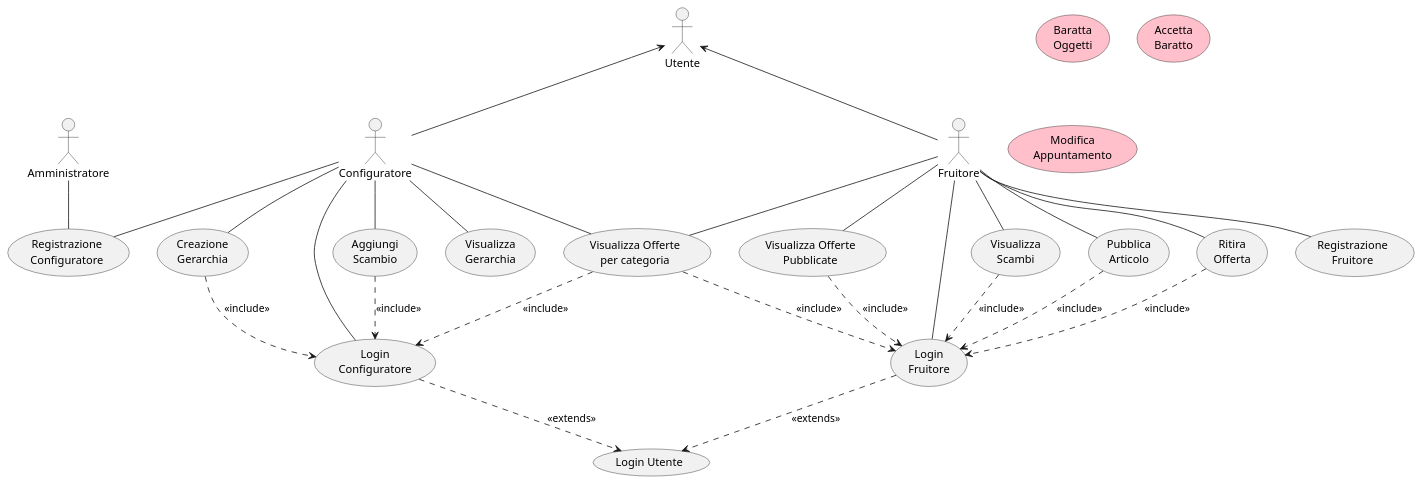
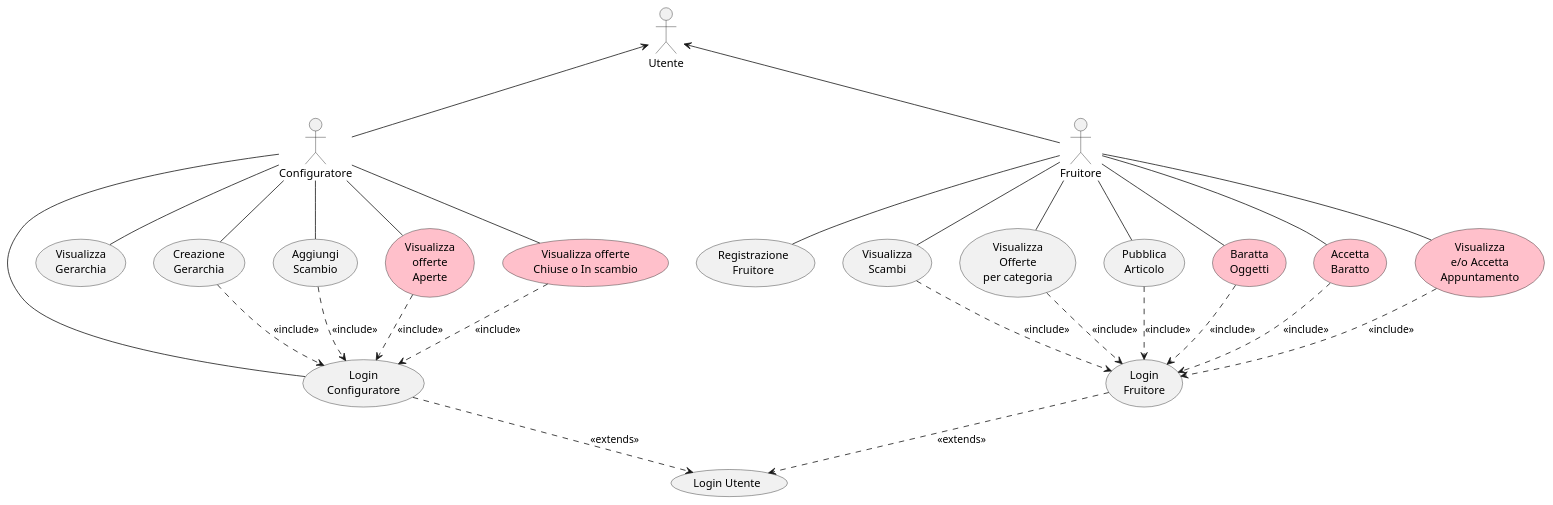
Before and after one commit to bernagit/IngegneriaSoftware: the diagram in Documentation/ver4/usecase.puml, drawn with PlantUML. The commit also changed 14 other files, not shown here.

```diff
--- a/Documentation/ver4/usecase.puml
+++ b/Documentation/ver4/usecase.puml
@@ -1,61 +1,75 @@
 @startuml ver1
 
 :Configuratore: as conf
 :Utente: as user
-:Amministratore: as admin
+':Amministratore: as admin
 conf -up-> user
 
 conf -- (Login\nConfiguratore)
 conf -- (Visualizza\nGerarchia)
 conf -- (Creazione\nGerarchia)
-conf -- (Registrazione\nConfiguratore)
+'conf -- (Registrazione\nConfiguratore)
 
-admin -- (Registrazione\nConfiguratore)
+'admin -- (Registrazione\nConfiguratore)
 
 (Creazione\nGerarchia) ..> (Login\nConfiguratore): <<include>>
 (Login\nConfiguratore) ..> (Login Utente): <<extends>>
 
 'Versione 2'
 
 :Fruitore: as fruit
 fruit -up-> user
 
 (Aggiungi\nScambio)
 (Login\nFruitore)
 (Registrazione\nFruitore)
 (Visualizza\nScambi)
 
 conf --(Aggiungi\nScambio)
 fruit -- (Visualizza\nScambi)
 fruit -- (Registrazione\nFruitore)
-fruit -- (Login\nFruitore)
+'fruit -- (Login\nFruitore)
 
 (Login\nFruitore) ..> (Login Utente): <<extends>>
 (Visualizza\nScambi) ..> (Login\nFruitore): <<include>>
 (Aggiungi\nScambio) ..> (Login\nConfiguratore): <<include>>
 
 'versione 3'
-(Visualizza Offerte\nper categoria)
+(Visualizza\nOfferte\nper categoria)
 (Pubblica\nArticolo)
-(Ritira\nOfferta)
-(Visualizza Offerte\nPubblicate)
+'(Ritira\nOfferta)
+'(Visualizza\nOfferte\nPubblicate)
 
-fruit -- (Visualizza Offerte\nper categoria)
+fruit -- (Visualizza\nOfferte\nper categoria)
 fruit -- (Pubblica\nArticolo)
-fruit -- (Ritira\nOfferta)
-fruit -- (Visualizza Offerte\nPubblicate)
-conf -- (Visualizza Offerte\nper categoria)
+'fruit -- (Ritira\nOfferta)
+'fruit -- (Visualizza\nOfferte\nPubblicate)
+'conf -- (Visualizza\nOfferte\nper categoria)
 
-(Visualizza Offerte\nper categoria) ..> (Login\nFruitore): <<include>>
+(Visualizza\nOfferte\nper categoria) ..> (Login\nFruitore): <<include>>
 (Pubblica\nArticolo) ..> (Login\nFruitore): <<include>>
-(Ritira\nOfferta) ..> (Login\nFruitore): <<include>>
-(Visualizza Offerte\nPubblicate) ..> (Login\nFruitore): <<include>>
-(Visualizza Offerte\nper categoria) ..> (Login\nConfiguratore): <<include>>
+'(Ritira\nOfferta) ..> (Login\nFruitore): <<include>>
+'(Visualizza\nOfferte\nPubblicate) ..> (Login\nFruitore): <<include>>
+'(Visualizza\nOfferte\nper categoria) ..> (Login\nConfiguratore): <<include>>
 
 'Versione 4'
 (Baratta\nOggetti) #Pink
 (Accetta\nBaratto) #Pink
-(Modifica\nAppuntamento) #Pink
+(Visualizza\ne/o Accetta\nAppuntamento) #Pink
+(Visualizza\nofferte\nAperte) #Pink
+(Visualizza offerte\nChiuse o In scambio) #Pink
+
+fruit -- (Baratta\nOggetti)
+fruit -- (Accetta\nBaratto)
+fruit -- (Visualizza\ne/o Accetta\nAppuntamento)
+conf -- (Visualizza\nofferte\nAperte)
+conf -- (Visualizza offerte\nChiuse o In scambio)
+
+(Baratta\nOggetti) ..> (Login\nFruitore): <<include>>
+(Accetta\nBaratto) ..> (Login\nFruitore): <<include>>
+(Visualizza\ne/o Accetta\nAppuntamento) ..> (Login\nFruitore): <<include>>
+(Visualizza\nofferte\nAperte) ..> (Login\nConfiguratore): <<include>>
+(Visualizza offerte\nChiuse o In scambio) ..> (Login\nConfiguratore): <<include>>
 
 
 @enduml
```
